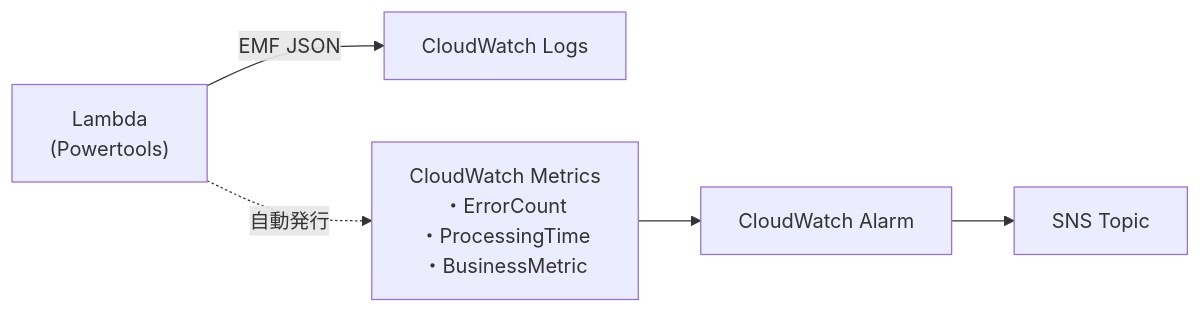
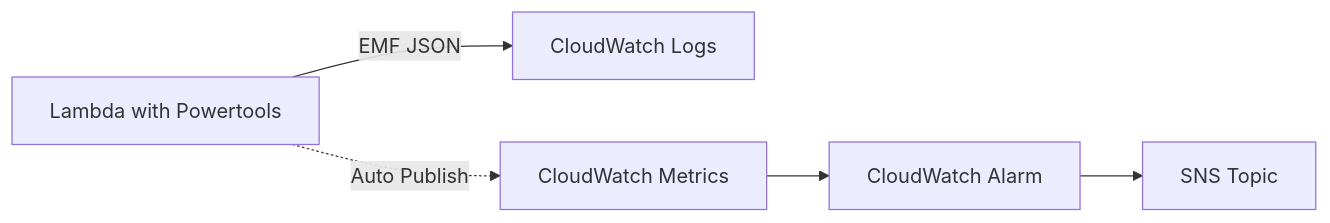
The second of 9 diagrams in アラーム方法調査.md (NagasakaH/lambda-log), drawn with Mermaid before and after one commit. The commit also changed other lines of this file and 1 other file, not shown here.

````diff
--- a/アラーム方法調査.md
+++ b/アラーム方法調査.md
@@ -96,7 +96,7 @@
 ```mermaid
 flowchart LR
-    Lambda["Lambda<br/>(Powertools)"] -->|EMF JSON| LG["CloudWatch Logs"]
-    Lambda -.->|自動発行| Metric["CloudWatch Metrics<br/>・ErrorCount<br/>・ProcessingTime<br/>・BusinessMetric"]
-    Metric --> Alarm["CloudWatch Alarm"]
-    Alarm --> SNS["SNS Topic"]
+    Lambda[Lambda with Powertools] -->|EMF JSON| LG[CloudWatch Logs]
+    Lambda -.->|Auto Publish| Metric[CloudWatch Metrics]
+    Metric --> Alarm[CloudWatch Alarm]
+    Alarm --> SNS[SNS Topic]
 ```
````
